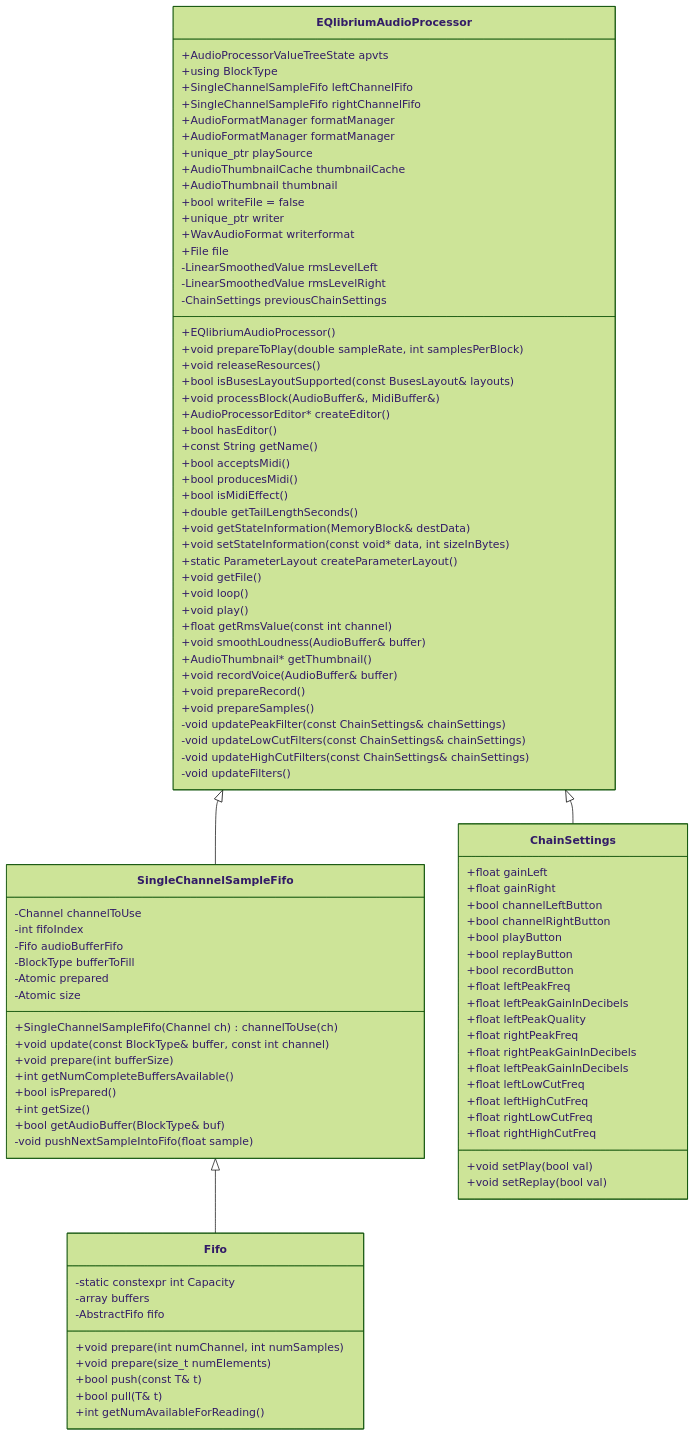
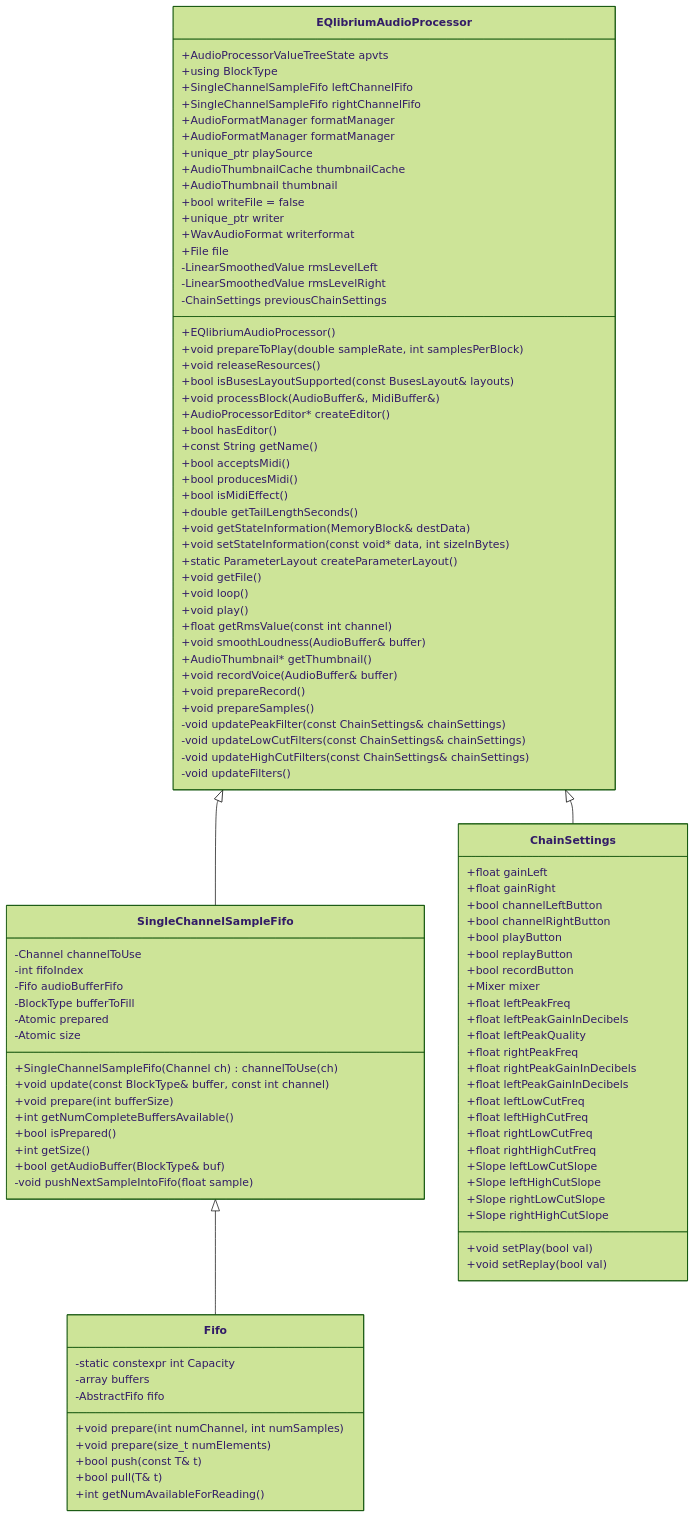
Before and after one commit to GoAlldex/EQlibrium: the first of 2 diagrams in Documentation/documentation_de.md, drawn with Mermaid (forest theme). The commit also changed other lines of this file and 1 other file, not shown here.

Commit message:
Architecture overview for equalizer signal input. Chainsettings class missing variables for slope added

```diff
--- a/Documentation/documentation_de.md
+++ b/Documentation/documentation_de.md
@@ -78,6 +78,7 @@
     +bool playButton
     +bool replayButton
     +bool recordButton
+    +Mixer mixer
     +float leftPeakFreq
     +float leftPeakGainInDecibels
     +float leftPeakQuality
@@ -88,6 +89,10 @@
     +float leftHighCutFreq
     +float rightLowCutFreq
     +float rightHighCutFreq
+    +Slope leftLowCutSlope
+    +Slope leftHighCutSlope
+    +Slope rightLowCutSlope
+    +Slope rightHighCutSlope
     +void setPlay(bool val)
     +void setReplay(bool val)
 }
```
